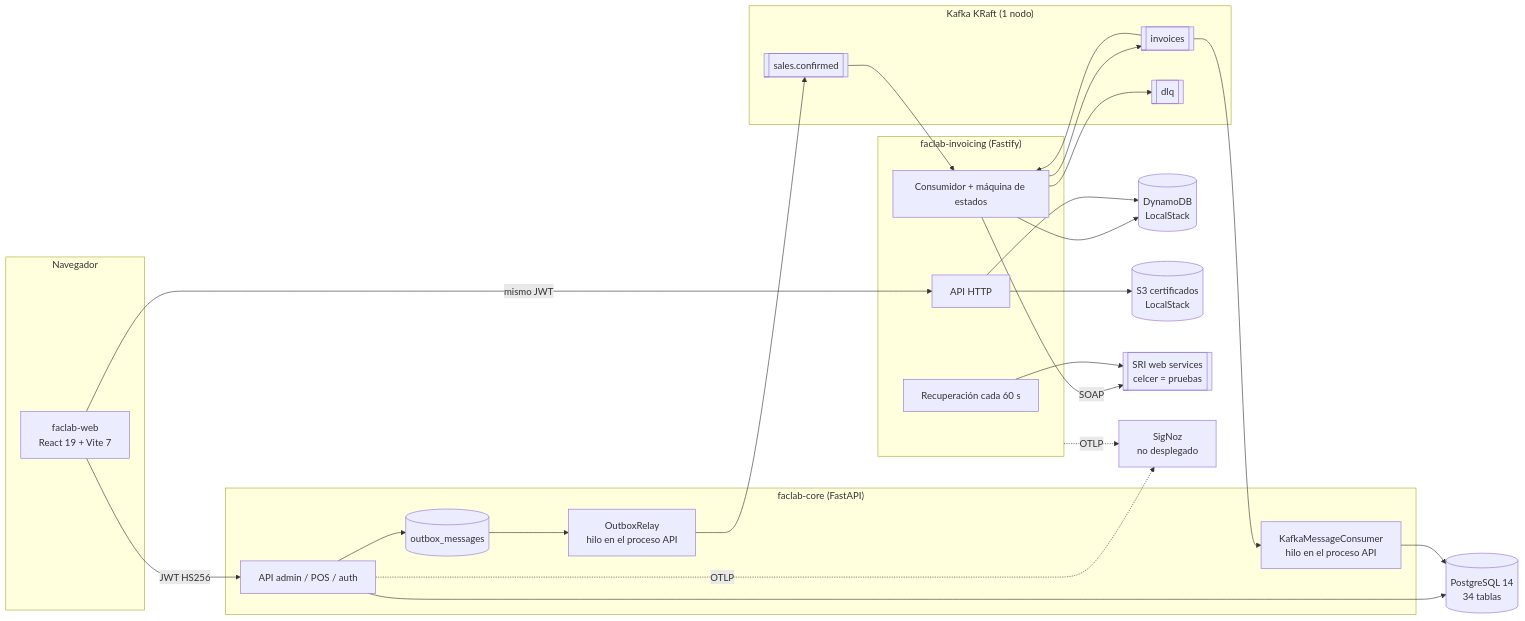
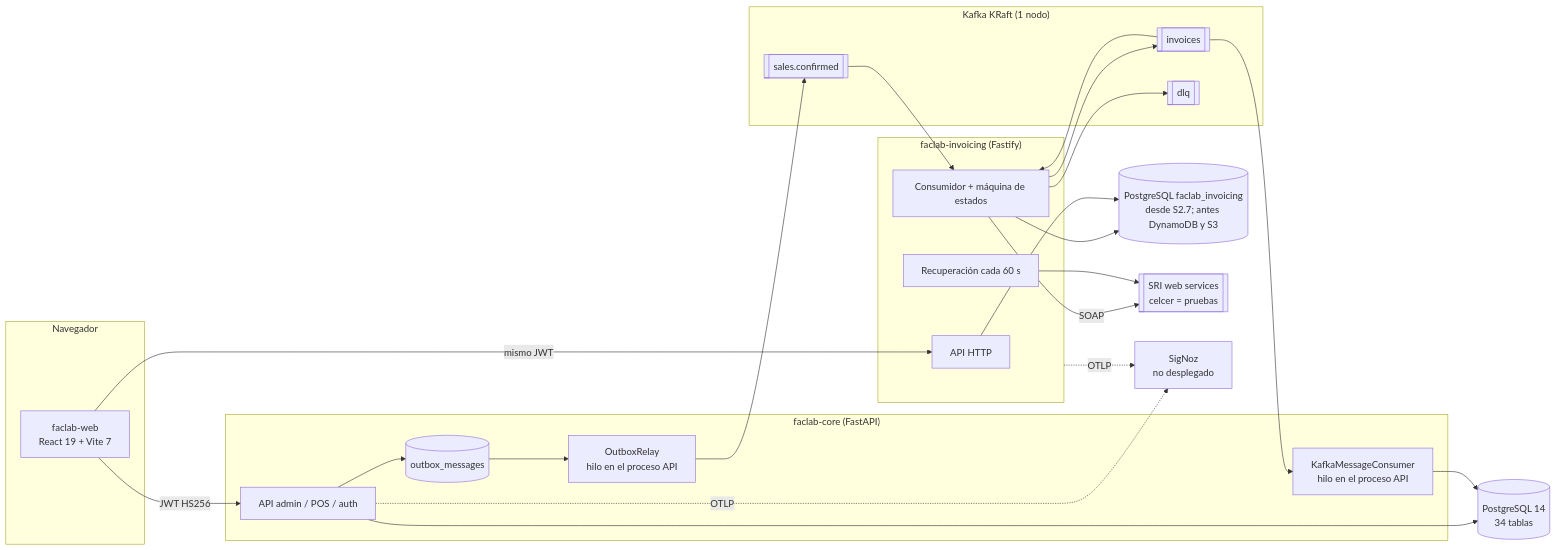
Before and after one commit to faclab-ec/faclab-api: the first of 2 diagrams in docs/architecture/CURRENT_STATE.md, drawn with Mermaid. The commit also changed other lines of this file and 6 other files, not shown here.

First line of the commit message:
docs: S2.7 invoicing on PostgreSQL done (#124)

````diff
--- a/docs/architecture/CURRENT_STATE.md
+++ b/docs/architecture/CURRENT_STATE.md
@@ -17,45 +17,43 @@
 ```mermaid
 flowchart LR
     subgraph Navegador
         WEB[faclab-web<br/>React 19 + Vite 7]
     end
     subgraph Core["faclab-core (FastAPI)"]
         API[API admin / POS / auth]
         OUTBOX[(outbox_messages)]
         RELAY[OutboxRelay<br/>hilo en el proceso API]
         CONS[KafkaMessageConsumer<br/>hilo en el proceso API]
     end
     PG[(PostgreSQL 14<br/>34 tablas)]
     subgraph Kafka["Kafka KRaft (1 nodo)"]
         T1[[sales.confirmed]]
         T2[[invoices]]
         T3[[dlq]]
     end
     subgraph Inv["faclab-invoicing (Fastify)"]
         IAPI[API HTTP]
         ICONS[Consumidor + máquina de estados]
         IREC[Recuperación cada 60 s]
     end
-    DDB[(DynamoDB<br/>LocalStack)]
-    S3[(S3 certificados<br/>LocalStack)]
+    IPG[(PostgreSQL faclab_invoicing<br/>desde S2.7; antes DynamoDB y S3)]
     SRI[[SRI web services<br/>celcer = pruebas]]
     SIG[SigNoz<br/>no desplegado]
 
     WEB -->|JWT HS256| API
     WEB -->|mismo JWT| IAPI
     API --> PG
     API --> OUTBOX
     OUTBOX --> RELAY --> T1
     T1 --> ICONS
     ICONS --> T2
     T2 --> ICONS
     T2 --> CONS --> PG
     ICONS --> T3
-    ICONS --> DDB
-    IAPI --> DDB
-    IAPI --> S3
+    ICONS --> IPG
+    IAPI --> IPG
     ICONS -->|SOAP| SRI
     IREC --> SRI
     API -. OTLP .-> SIG
     Inv -. OTLP .-> SIG
 ```
````
